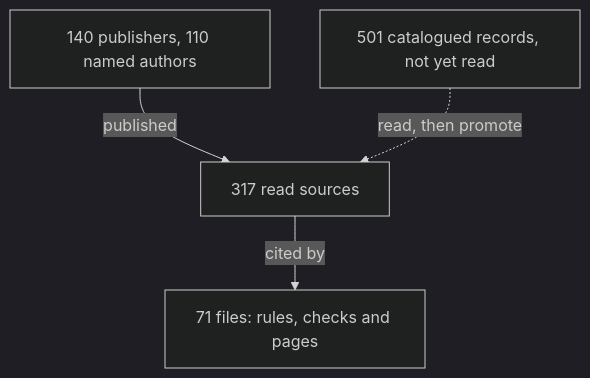
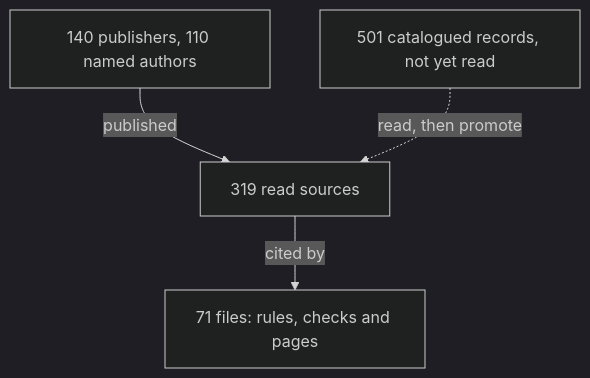
Before and after one commit to Valpatel/cad-agent: the diagram in docs/practice/experts.md, drawn with Mermaid (dark theme). The commit also changed other lines of this file and 3 other files, not shown here.

````diff
--- a/docs/practice/experts.md
+++ b/docs/practice/experts.md
@@ -6,7 +6,7 @@
 ```mermaid
 flowchart TD
-  P["140 publishers, 110 named authors"] -->|published| S["317 read sources"]
+  P["140 publishers, 110 named authors"] -->|published| S["319 read sources"]
   S -->|cited by| U["71 files: rules, checks and pages"]
   C["501 catalogued records, not yet read"] -.->|read, then promote| S
   class S here
 ```
````
